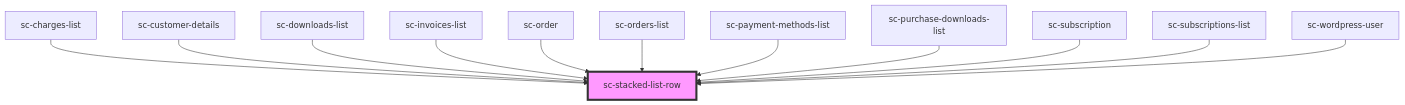
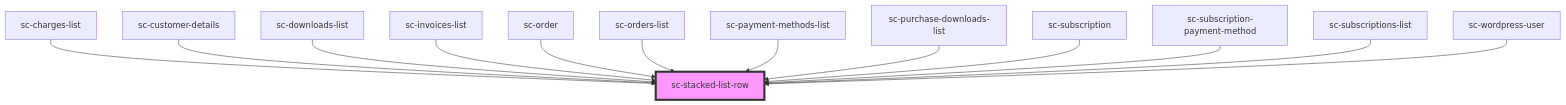
Before and after one commit to surecart/surecart-wp-plugin: the diagram in packages/components/src/components/ui/stacked-list-row/readme.md, drawn with Mermaid. The commit also changed other lines of this file and 23 other files, not shown here.

````diff
--- a/packages/components/src/components/ui/stacked-list-row/readme.md
+++ b/packages/components/src/components/ui/stacked-list-row/readme.md
@@ -41,15 +42,16 @@
 ```mermaid
 graph TD;
   sc-charges-list --> sc-stacked-list-row
   sc-customer-details --> sc-stacked-list-row
   sc-downloads-list --> sc-stacked-list-row
   sc-invoices-list --> sc-stacked-list-row
   sc-order --> sc-stacked-list-row
   sc-orders-list --> sc-stacked-list-row
   sc-payment-methods-list --> sc-stacked-list-row
   sc-purchase-downloads-list --> sc-stacked-list-row
   sc-subscription --> sc-stacked-list-row
+  sc-subscription-payment-method --> sc-stacked-list-row
   sc-subscriptions-list --> sc-stacked-list-row
   sc-wordpress-user --> sc-stacked-list-row
   style sc-stacked-list-row fill:#f9f,stroke:#333,stroke-width:4px
 ```
````
